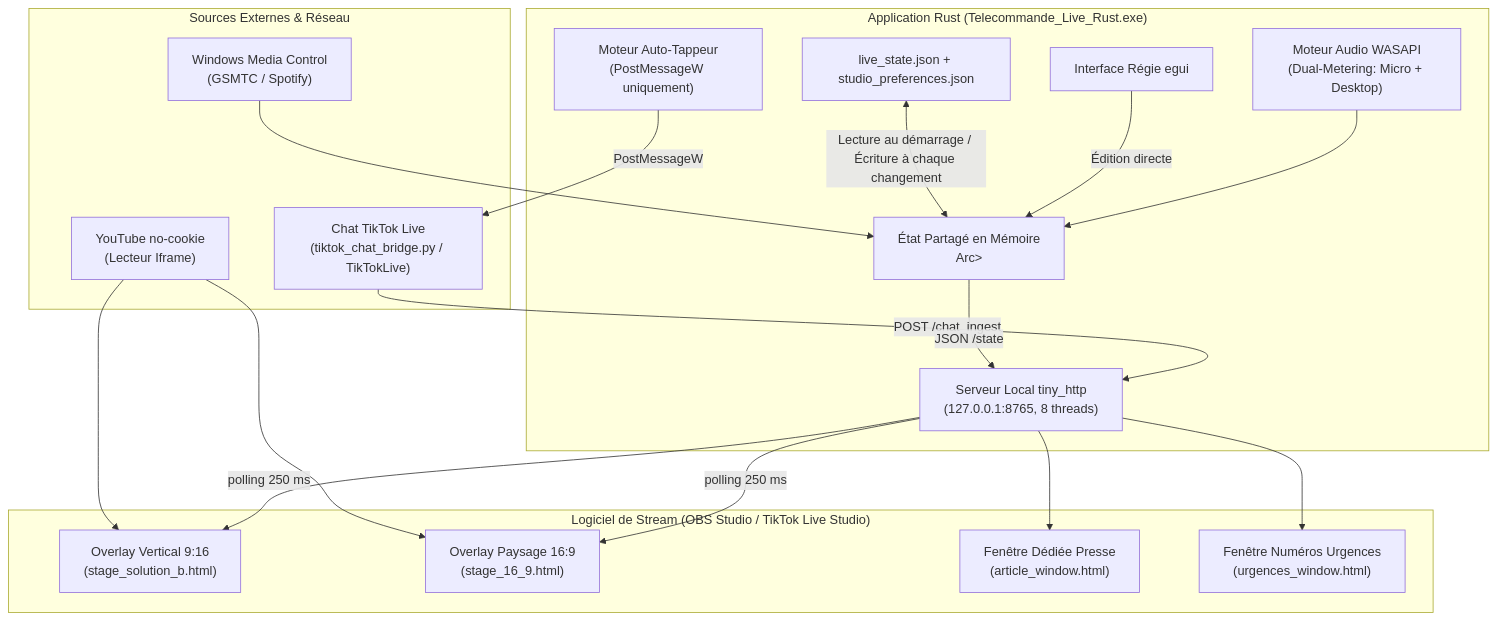
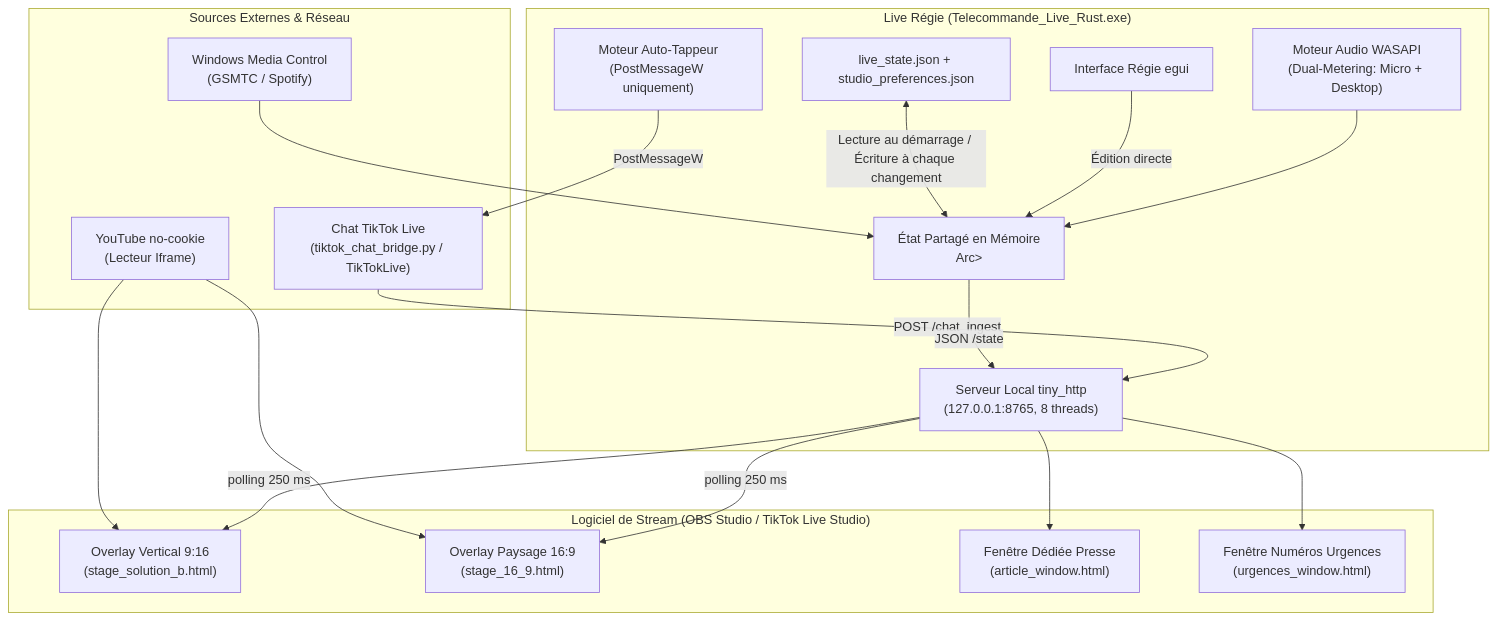
One commit to bililbot/tiktok_briser_le_silence changed the diagram in docs/DOCUMENTATION_TECHNIQUE_STUDIO_TIKTOK.md. Above: the diagram before and after it, drawn with Mermaid. The commit also changed other lines of this file and 16 other files, not shown here.

First line of the commit message:
Live Régie 2.1.0 : nom, logo, documentation utilisateur et technique

````diff
--- a/docs/DOCUMENTATION_TECHNIQUE_STUDIO_TIKTOK.md
+++ b/docs/DOCUMENTATION_TECHNIQUE_STUDIO_TIKTOK.md
@@ -11,38 +32,38 @@
 ```mermaid
 graph TD
-    subgraph "Application Rust (Telecommande_Live_Rust.exe)"
+    subgraph "Live Régie (Telecommande_Live_Rust.exe)"
         UI["Interface Régie egui"]
         HTTP["Serveur Local tiny_http<br>(127.0.0.1:8765, 8 threads)"]
         STATE["État Partagé en Mémoire<br>Arc<Mutex<FullLiveState>>"]
         WASAPI["Moteur Audio WASAPI<br>(Dual-Metering: Micro + Desktop)"]
         TAPPER["Moteur Auto-Tappeur<br>(PostMessageW uniquement)"]
         CONFIG["live_state.json + studio_preferences.json"]
     end
 
     subgraph "Logiciel de Stream (OBS Studio / TikTok Live Studio)"
         STAGE_9_16["Overlay Vertical 9:16<br>(stage_solution_b.html)"]
         STAGE_16_9["Overlay Paysage 16:9<br>(stage_16_9.html)"]
         ARTICLE_WIN["Fenêtre Dédiée Presse<br>(article_window.html)"]
         URGENCES_WIN["Fenêtre Numéros Urgences<br>(urgences_window.html)"]
     end
 
     subgraph "Sources Externes & Réseau"
         TIKTOK_API["Chat TikTok Live<br>(tiktok_chat_bridge.py / TikTokLive)"]
         SPOTIFY_API["Windows Media Control<br>(GSMTC / Spotify)"]
         YT_EMBED["YouTube no-cookie<br>(Lecteur Iframe)"]
     end
 
     WASAPI --> STATE
     SPOTIFY_API --> STATE
     TIKTOK_API -->|POST /chat_ingest| HTTP
     UI -->|Édition directe| STATE
     STATE -->|JSON /state| HTTP
     HTTP -->|polling 250 ms| STAGE_9_16
     HTTP -->|polling 250 ms| STAGE_16_9
     HTTP --> ARTICLE_WIN
     HTTP --> URGENCES_WIN
     CONFIG <-->|Lecture au démarrage / Écriture à chaque changement| STATE
     TAPPER -->|PostMessageW| TIKTOK_API
     YT_EMBED --> STAGE_9_16
     YT_EMBED --> STAGE_16_9
 ```
````
